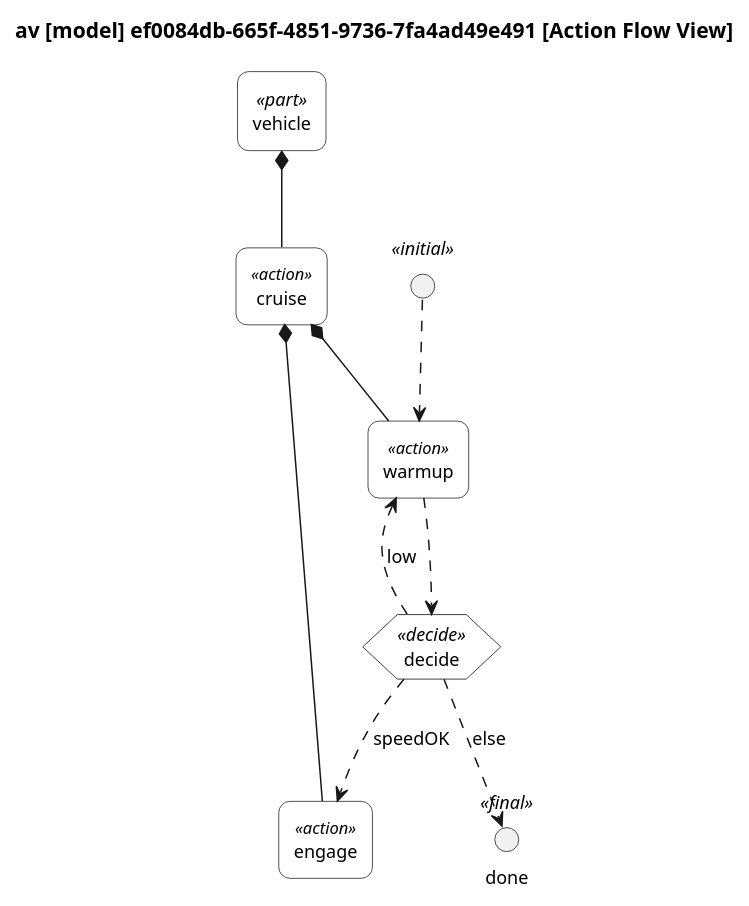
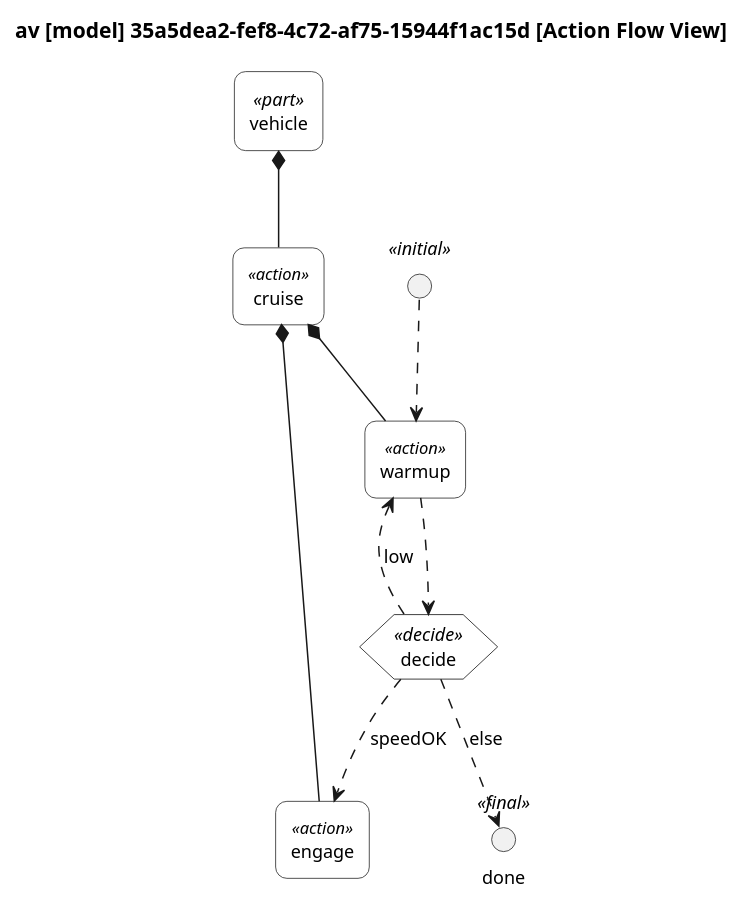
One commit to mycr0ft/sysml2py changed the diagram in docs/plantuml-examples/10-action-flow-view.puml. Above: the diagram before and after it, drawn with PlantUML. The commit also changed 32 other files, not shown here.

First line of the commit message:
boxes afv: control nodes with true decision diamonds (diagramboxes 0.5.0)

```diff
--- a/docs/plantuml-examples/10-action-flow-view.puml
+++ b/docs/plantuml-examples/10-action-flow-view.puml
@@ -1,96 +1,96 @@
 @startuml
 
 skinparam monochrome true
 skinparam wrapWidth 300
 skinparam defaultFontSize 12
 skinparam defaultFontName Helvetica
 
 skinparam rectangle<<action def>> {
     RoundCorner 0
     BackgroundColor white
 }
 skinparam rectangle<<action>> {
     RoundCorner 15
     BackgroundColor white
 }
 skinparam rectangle<<flow def>> {
     RoundCorner 0
     BackgroundColor white
 }
 skinparam rectangle<<flow>> {
     RoundCorner 15
     BackgroundColor white
 }
 skinparam rectangle<<attribute def>> {
     RoundCorner 0
     BackgroundColor white
 }
 skinparam rectangle<<attribute>> {
     RoundCorner 15
     BackgroundColor white
 }
 skinparam rectangle<<port def>> {
     RoundCorner 0
     BackgroundColor white
 }
 skinparam rectangle<<port>> {
     RoundCorner 15
     BackgroundColor white
 }
 skinparam rectangle<<part def>> {
     RoundCorner 0
     BackgroundColor white
 }
 skinparam rectangle<<part>> {
     RoundCorner 15
     BackgroundColor white
 }
 
 ' Swim lane styling for actions
 skinparam rectangle<<action def>> {
     StereotypeFontSize 11
 }
 skinparam rectangle<<action>> {
     StereotypeFontSize 11
 }
 ' Control nodes (initial/final/decision/merge/fork/join)
 skinparam circle<<initial>> {
     BackgroundColor black
     BorderColor black
 }
 skinparam circle<<final>> {
     BackgroundColor white
     BorderColor black
 }
 skinparam hexagon {
     BackgroundColor white
     BorderColor black
 }
 
 top to bottom direction
 
-title av [model] ef0084db-665f-4851-9736-7fa4ad49e491 [Action Flow View]
+title av [model] 35a5dea2-fef8-4c72-af75-15944f1ac15d [Action Flow View]
 
 hide circle
 
 rectangle "vehicle" as E1 <<part>>
 rectangle "cruise" as E2 <<action>>
 rectangle "warmup" as E4 <<action>>
 rectangle "engage" as E5 <<action>>
 
 E1 *-- E2
 E2 *-- E4
 E2 *-- E5
 
 
 circle " " as CN1 <<initial>>
 CN1 ..> E4
 hexagon "decide" as CN2 <<decide>>
 E4 ..> CN2
 CN2 ..> E5 : speedOK
 CN2 ..> E4 : low
 circle "done" as CN3 <<final>>
 CN2 ..> CN3 : else
 
 
 @enduml
```
